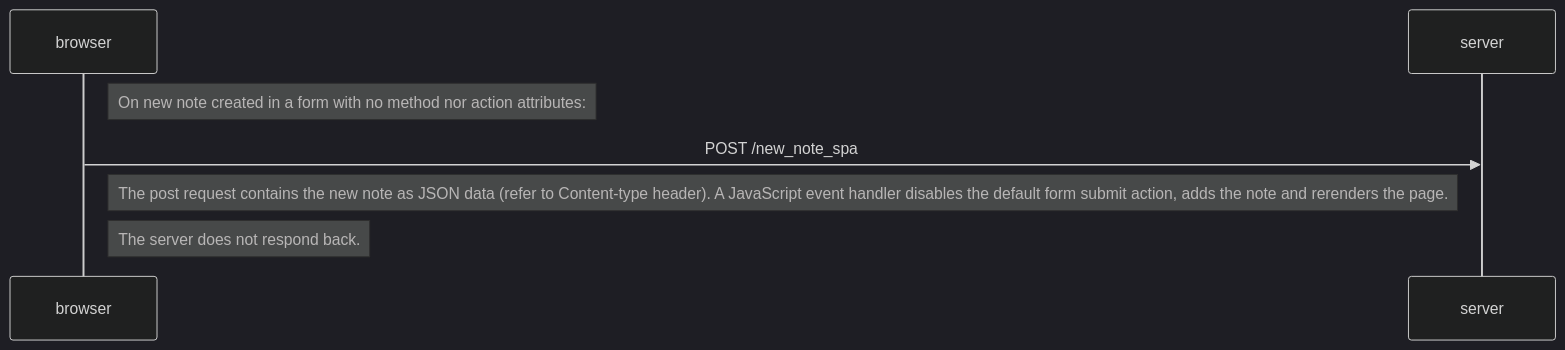
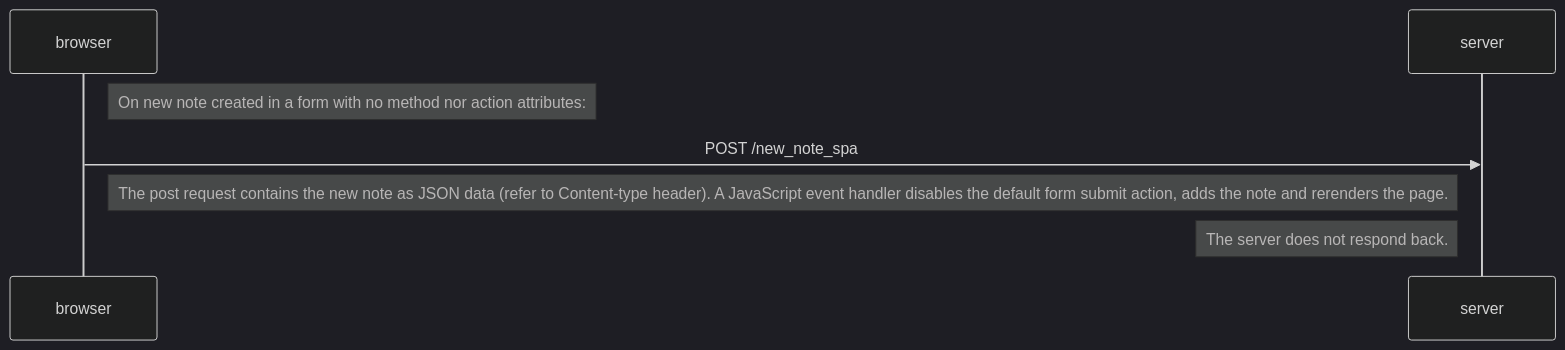
One commit to redacted24/fullstack-open changed the diagram in part0/0.6.spaNewNote.md. Above: the diagram before and after it, drawn with Mermaid (dark theme).

Commit message:
Moved note to the left of server, better meaning

````diff
--- a/part0/0.6.spaNewNote.md
+++ b/part0/0.6.spaNewNote.md
@@ -1,18 +1,18 @@
 ```mermaid
 
 sequenceDiagram
     participant browser
     participant server
 
     Note right of browser: On new note created in a form with no method nor action attributes:
 
     browser->>server: POST /new_note_spa
 
     Note right of browser: The post request contains the new note as JSON data (refer to Content-type header). A JavaScript event handler disables the default form submit action, adds the note and rerenders the page.
 
 
-    Note right of browser: The server does not respond back.
+    Note left of server: The server does not respond back.
 
 
 
 ```
````
